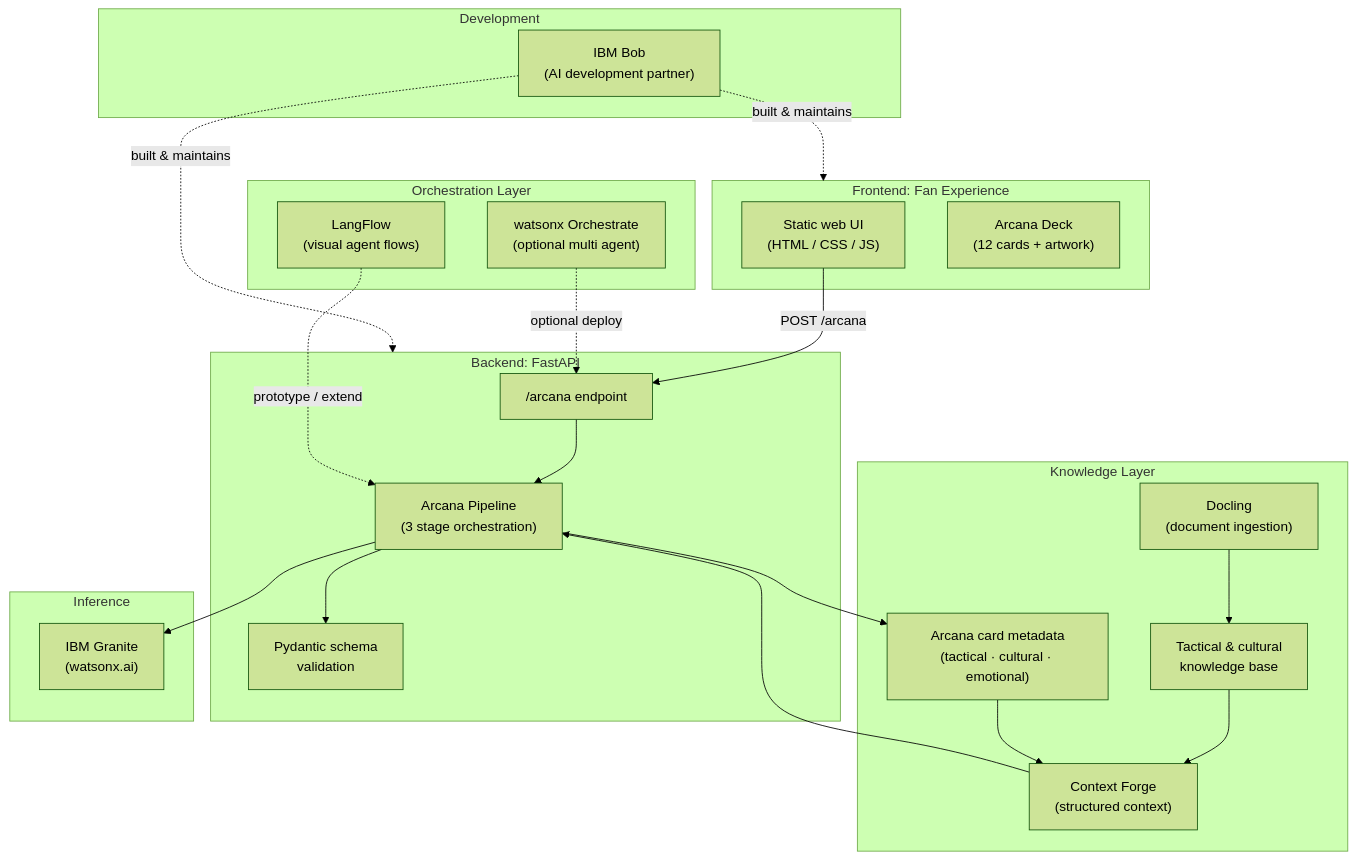
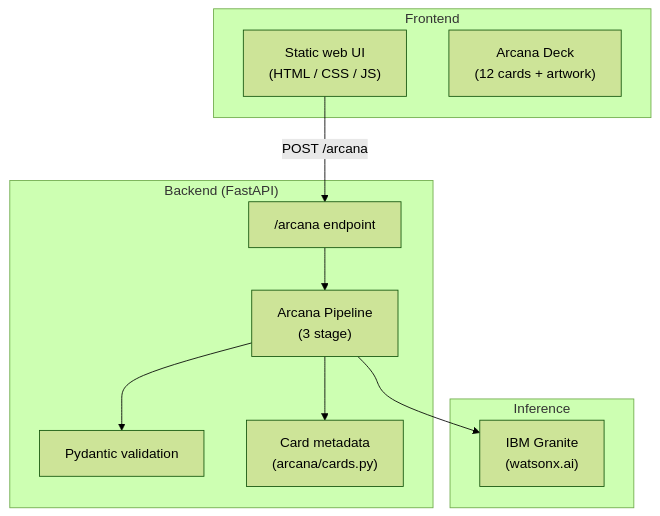
One commit to trisha-ravi/Soccer-Arcana changed the diagram in README.md. Above: the diagram before and after it, drawn with Mermaid (forest theme). The commit also changed other lines of this file, not shown here.

````diff
--- a/README.md
+++ b/README.md
@@ -84,47 +83,24 @@
 ```mermaid
 flowchart TB
-    subgraph Frontend["Frontend: Fan Experience"]
+    subgraph Frontend["Frontend"]
         UI["Static web UI<br/>(HTML / CSS / JS)"]
         Deck["Arcana Deck<br/>(12 cards + artwork)"]
     end
 
-    subgraph Backend["Backend: FastAPI"]
+    subgraph Backend["Backend (FastAPI)"]
         API["/arcana endpoint"]
-        Pipeline["Arcana Pipeline<br/>(3 stage orchestration)"]
-        Schema["Pydantic schema<br/>validation"]
-    end
-
-    subgraph Orchestration["Orchestration Layer"]
-        LF["LangFlow<br/>(visual agent flows)"]
-        WXO["watsonx Orchestrate<br/>(optional multi agent)"]
-    end
-
-    subgraph Knowledge["Knowledge Layer"]
-        CF["Context Forge<br/>(structured context)"]
-        DL["Docling<br/>(document ingestion)"]
-        Cards["Arcana card metadata<br/>(tactical · cultural · emotional)"]
-        RAG["Tactical & cultural<br/>knowledge base"]
+        Pipeline["Arcana Pipeline<br/>(3 stage)"]
+        Schema["Pydantic validation"]
+        Cards["Card metadata<br/>(arcana/cards.py)"]
     end
 
     subgraph Inference["Inference"]
         Granite["IBM Granite<br/>(watsonx.ai)"]
     end
 
-    subgraph Dev["Development"]
-        Bob["IBM Bob<br/>(AI development partner)"]
-    end
-
     UI -->|POST /arcana| API
     API --> Pipeline
     Pipeline --> Schema
+    Pipeline --> Cards
     Pipeline --> Granite
-    Pipeline --> Cards
-    DL --> RAG
-    RAG --> CF
-    Cards --> CF
-    CF --> Pipeline
-    LF -.->|prototype / extend| Pipeline
-    WXO -.->|optional deploy| API
-    Bob -.->|built & maintains| Backend
-    Bob -.->|built & maintains| Frontend
 ```
````
